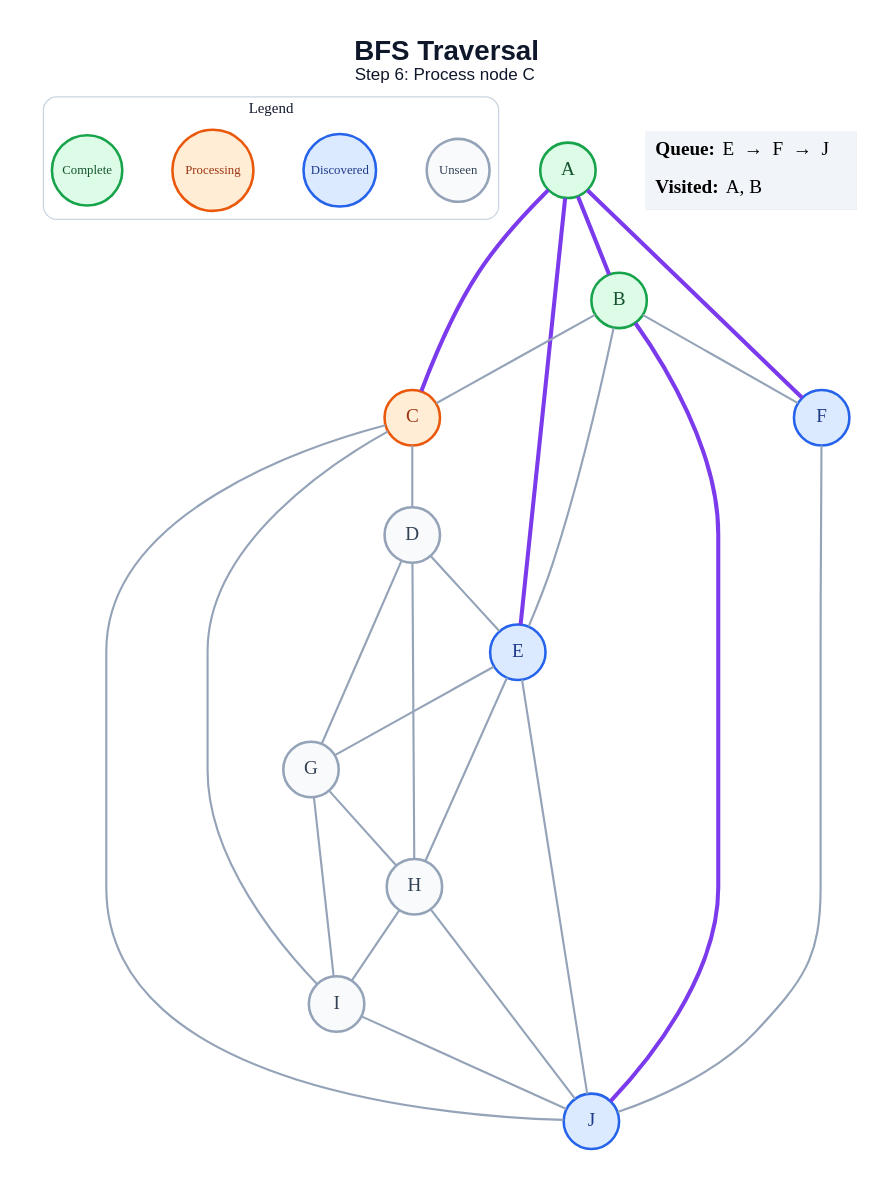
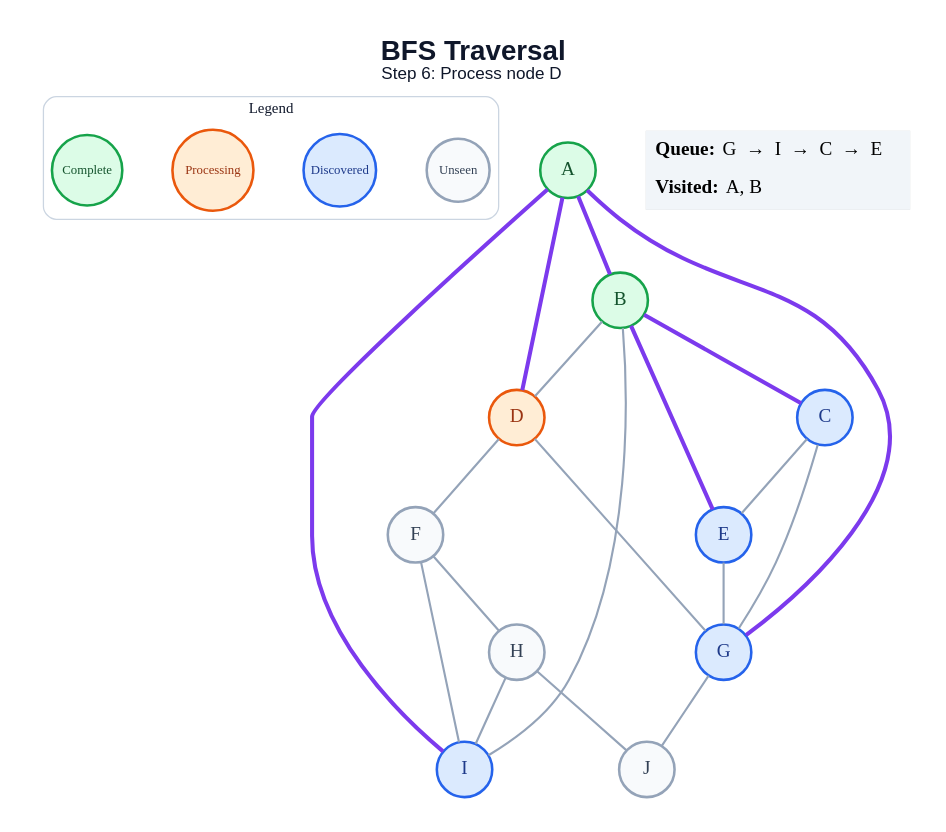
The diagram in generated/bfs/step_06.dot (amanghodawala9/ai-slop), drawn with Graphviz before and after one commit. The commit also changed 178 other files, not shown here.

```diff
--- a/generated/bfs/step_06.dot
+++ b/generated/bfs/step_06.dot
@@ -1,52 +1,47 @@
 graph traversal {
   graph [layout=dot, rankdir=TB, bgcolor="#FFFFFF", pad="0.35", nodesep="0.65", ranksep="0.8", fontname="Arial"];
   node [shape=circle, style="filled", fontname="Arial Bold", fontsize=18, width=0.72, fixedsize=true, penwidth=2.4];
   edge [color="#94A3B8", penwidth=2.0];
-  label=<<B>BFS Traversal</B><BR/><FONT POINT-SIZE="16">Step 6: Process node C</FONT>>; labelloc="t"; fontsize=26; fontname="Arial"; fontcolor="#0F172A";
+  label=<<B>BFS Traversal</B><BR/><FONT POINT-SIZE="16">Step 6: Process node D</FONT>>; labelloc="t"; fontsize=26; fontname="Arial"; fontcolor="#0F172A";
   subgraph cluster_legend { label="Legend"; color="#CBD5E1"; penwidth=1.2; style="rounded"; fontsize=14; fontname="Arial Bold";
     key_unseen [label="Unseen", fillcolor="#F8FAFC", color="#94A3B8", fontcolor="#334155", fontsize=12, width=0.82];
     key_frontier [label="Discovered", fillcolor="#DBEAFE", color="#2563EB", fontcolor="#1E3A8A", fontsize=12, width=0.95];
     key_current [label="Processing", fillcolor="#FFEDD5", color="#EA580C", fontcolor="#9A3412", fontsize=12, width=1.05];
     key_done [label="Complete", fillcolor="#DCFCE7", color="#16A34A", fontcolor="#14532D", fontsize=12, width=0.92];
     { rank=same; key_unseen; key_frontier; key_current; key_done; }
   }
   A [fillcolor="#DCFCE7", color="#16A34A", fontcolor="#14532D"];
   B [fillcolor="#DCFCE7", color="#16A34A", fontcolor="#14532D"];
-  C [fillcolor="#FFEDD5", color="#EA580C", fontcolor="#9A3412"];
-  D [fillcolor="#F8FAFC", color="#94A3B8", fontcolor="#334155"];
+  C [fillcolor="#DBEAFE", color="#2563EB", fontcolor="#1E3A8A"];
+  D [fillcolor="#FFEDD5", color="#EA580C", fontcolor="#9A3412"];
   E [fillcolor="#DBEAFE", color="#2563EB", fontcolor="#1E3A8A"];
-  F [fillcolor="#DBEAFE", color="#2563EB", fontcolor="#1E3A8A"];
-  G [fillcolor="#F8FAFC", color="#94A3B8", fontcolor="#334155"];
+  F [fillcolor="#F8FAFC", color="#94A3B8", fontcolor="#334155"];
+  G [fillcolor="#DBEAFE", color="#2563EB", fontcolor="#1E3A8A"];
   H [fillcolor="#F8FAFC", color="#94A3B8", fontcolor="#334155"];
-  I [fillcolor="#F8FAFC", color="#94A3B8", fontcolor="#334155"];
-  J [fillcolor="#DBEAFE", color="#2563EB", fontcolor="#1E3A8A"];
+  I [fillcolor="#DBEAFE", color="#2563EB", fontcolor="#1E3A8A"];
+  J [fillcolor="#F8FAFC", color="#94A3B8", fontcolor="#334155"];
   A -- B [color="#7C3AED", penwidth=3.8];
-  A -- C [color="#7C3AED", penwidth=3.8];
-  A -- E [color="#7C3AED", penwidth=3.8];
-  A -- F [color="#7C3AED", penwidth=3.8];
-  B -- C;
-  B -- E;
-  B -- F;
-  B -- J [color="#7C3AED", penwidth=3.8];
-  C -- D;
-  C -- I;
-  C -- J;
-  D -- E;
+  A -- D [color="#7C3AED", penwidth=3.8];
+  A -- G [color="#7C3AED", penwidth=3.8];
+  A -- I [color="#7C3AED", penwidth=3.8];
+  B -- C [color="#7C3AED", penwidth=3.8];
+  B -- D;
+  B -- E [color="#7C3AED", penwidth=3.8];
+  B -- I;
+  C -- E;
+  C -- G;
+  D -- F;
   D -- G;
-  D -- H;
   E -- G;
-  E -- H;
-  E -- J;
-  F -- J;
-  G -- H;
-  G -- I;
+  F -- H;
+  F -- I;
+  G -- J;
   H -- I;
   H -- J;
-  I -- J;
   status [shape=plain, fixedsize=false, width=0, height=0, margin=0, label=<
     <TABLE BORDER="0" CELLBORDER="0" CELLPADDING="7" BGCOLOR="#F1F5F9">
-      <TR><TD ALIGN="LEFT"><B>Queue:</B> E  →  F  →  J</TD></TR>
+      <TR><TD ALIGN="LEFT"><B>Queue:</B> G  →  I  →  C  →  E</TD></TR>
       <TR><TD ALIGN="LEFT"><B>Visited:</B> A, B</TD></TR>
     </TABLE>
   >];
 }
```
